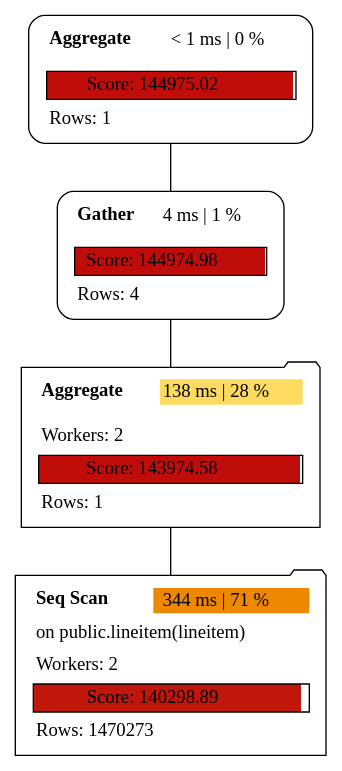
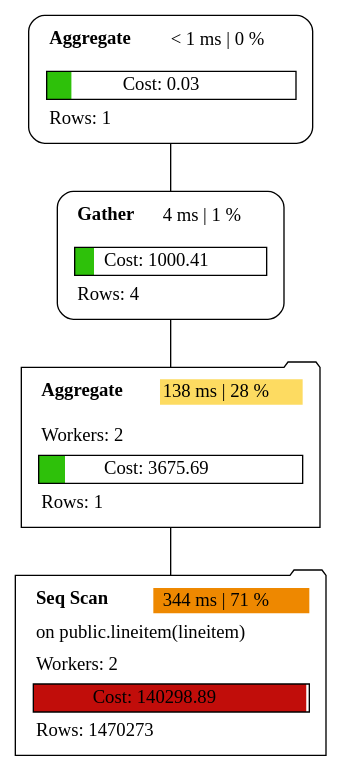
One commit to sanpii/explain changed the diagram in examples/plan_parallel.dot. Above: the diagram before and after it, drawn with Graphviz. The commit also changed 16 other files, not shown here.

```diff
--- a/examples/plan_parallel.dot
+++ b/examples/plan_parallel.dot
@@ -1,9 +1,9 @@
 graph explain {
-    node0[label=<<table border="0" cellborder="0" cellspacing="5"><tr><td align="left"><b>Aggregate</b></td><td>&lt; 1 ms | 0 %</td></tr><tr><td colspan="2" align="left"></td></tr><tr><td colspan="2" border="1" bgcolor="#c10d0a;0.99:white">Score: 144975.02</td></tr><tr><td colspan="2" align="left">Rows: 1</td></tr></table>>][style="rounded"][shape="box"];
-    node1[label=<<table border="0" cellborder="0" cellspacing="5"><tr><td align="left"><b>Gather</b></td><td bgcolor="white">4 ms | 1 %</td></tr><tr><td colspan="2" align="left"></td></tr><tr><td colspan="2" border="1" bgcolor="#c10d0a;0.99:white">Score: 144974.98</td></tr><tr><td colspan="2" align="left">Rows: 4</td></tr></table>>][style="rounded"][shape="box"];
-    node2[label=<<table border="0" cellborder="0" cellspacing="5"><tr><td align="left"><b>Aggregate</b></td><td bgcolor="#fddb61">138 ms | 28 %</td></tr><tr><td colspan="2" align="left"></td></tr><tr><td colspan="2" align="left">Workers: 2</td></tr><tr><td colspan="2" border="1" bgcolor="#c10d0a;0.99:white">Score: 143974.58</td></tr><tr><td colspan="2" align="left">Rows: 1</td></tr></table>>][style="rounded"][shape="folder"];
-    node3[label=<<table border="0" cellborder="0" cellspacing="5"><tr><td align="left"><b>Seq Scan</b></td><td bgcolor="#ee8800">344 ms | 71 %</td></tr><tr><td colspan="2" align="left">on public.lineitem(lineitem)</td></tr><tr><td colspan="2" align="left">Workers: 2</td></tr><tr><td colspan="2" border="1" bgcolor="#c1160a;0.97:white">Score: 140298.89</td></tr><tr><td colspan="2" align="left">Rows: 1470273</td></tr></table>>][style="rounded"][shape="folder"];
+    node0[label=<<table border="0" cellborder="0" cellspacing="5"><tr><td align="left"><b>Aggregate</b></td><td>&lt; 1 ms | 0 %</td></tr><tr><td colspan="2" align="left"></td></tr><tr><td colspan="2" border="1" bgcolor="#2ec10a;0.10:white">Cost: 0.03</td></tr><tr><td colspan="2" align="left">Rows: 1</td></tr></table>>][style="rounded"][shape="box"];
+    node1[label=<<table border="0" cellborder="0" cellspacing="5"><tr><td align="left"><b>Gather</b></td><td bgcolor="white">4 ms | 1 %</td></tr><tr><td colspan="2" align="left"></td></tr><tr><td colspan="2" border="1" bgcolor="#2ec10a;0.10:white">Cost: 1000.41</td></tr><tr><td colspan="2" align="left">Rows: 4</td></tr></table>>][style="rounded"][shape="box"];
+    node2[label=<<table border="0" cellborder="0" cellspacing="5"><tr><td align="left"><b>Aggregate</b></td><td bgcolor="#fddb61">138 ms | 28 %</td></tr><tr><td colspan="2" align="left"></td></tr><tr><td colspan="2" align="left">Workers: 2</td></tr><tr><td colspan="2" border="1" bgcolor="#2ec10a;0.10:white">Cost: 3675.69</td></tr><tr><td colspan="2" align="left">Rows: 1</td></tr></table>>][style="rounded"][shape="folder"];
+    node3[label=<<table border="0" cellborder="0" cellspacing="5"><tr><td align="left"><b>Seq Scan</b></td><td bgcolor="#ee8800">344 ms | 71 %</td></tr><tr><td colspan="2" align="left">on public.lineitem(lineitem)</td></tr><tr><td colspan="2" align="left">Workers: 2</td></tr><tr><td colspan="2" border="1" bgcolor="#c10d0a;0.99:white">Cost: 140298.89</td></tr><tr><td colspan="2" align="left">Rows: 1470273</td></tr></table>>][style="rounded"][shape="folder"];
     node0 -- node1[label=""];
     node1 -- node2[label=""];
     node2 -- node3[label=""];
 }
```
